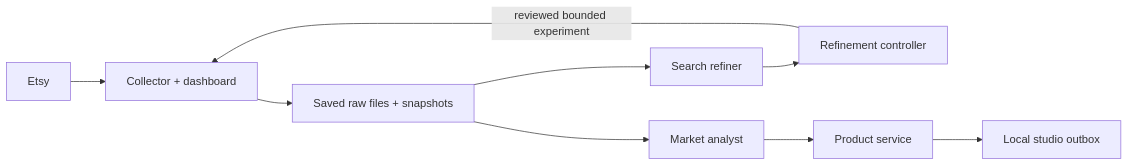
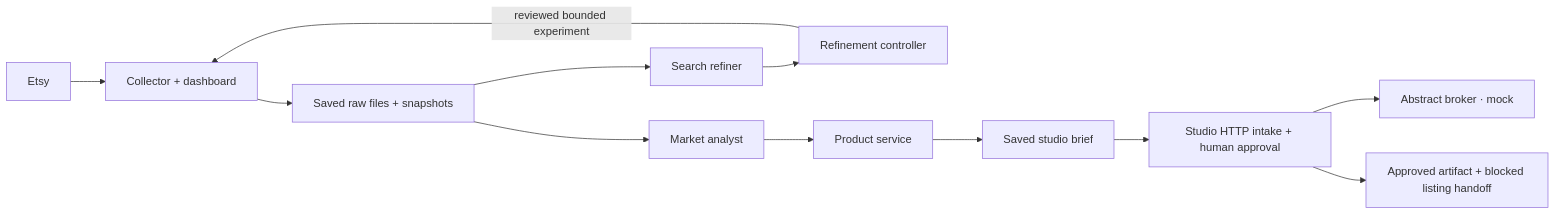
The diagram in README.md (QWdlbnRTbWl0aA/market-pipeline), drawn with Mermaid before and after one commit. The commit also changed other lines of this file and 24 other files, not shown here.

Commit message:
Add independent mock Studio and human product approval workflow

````diff
--- a/README.md
+++ b/README.md
@@ -13,11 +13,14 @@
 ```mermaid
 flowchart LR
   E[Etsy] --> C[Collector + dashboard]
   C --> F[Saved raw files + snapshots]
   F --> R[Search refiner]
   F --> M[Market analyst]
   R --> Q[Refinement controller]
   Q -->|reviewed bounded experiment| C
   M --> P[Product service]
-  P --> S[Local studio outbox]
+  P --> O[Saved studio brief]
+  O --> S[Studio HTTP intake + human approval]
+  S --> B[Abstract broker · mock]
+  S --> A[Approved artifact + blocked listing handoff]
 ```
````
